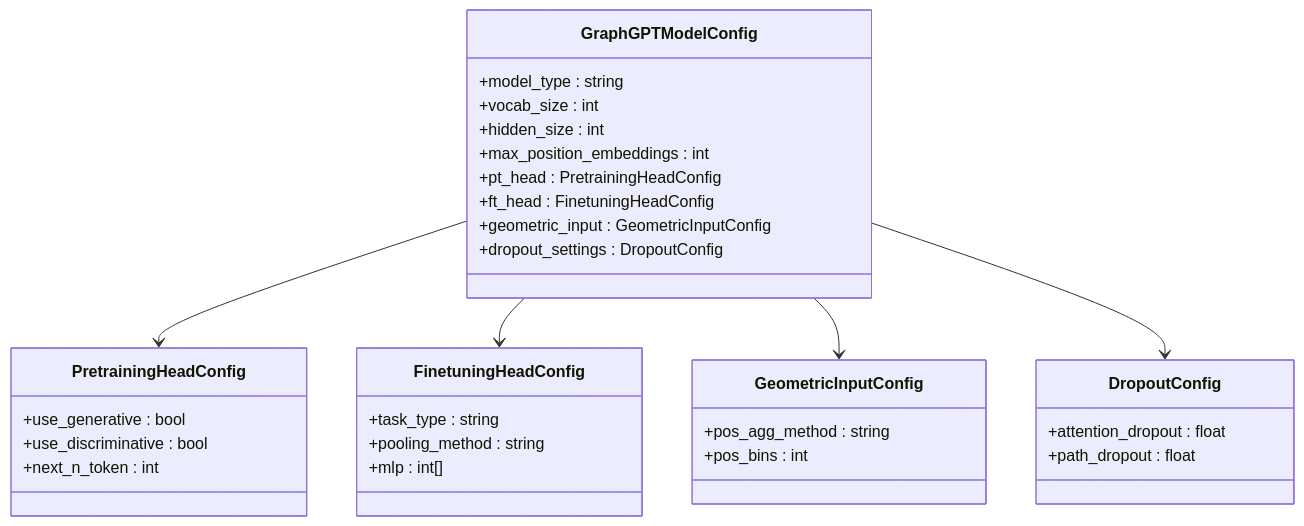
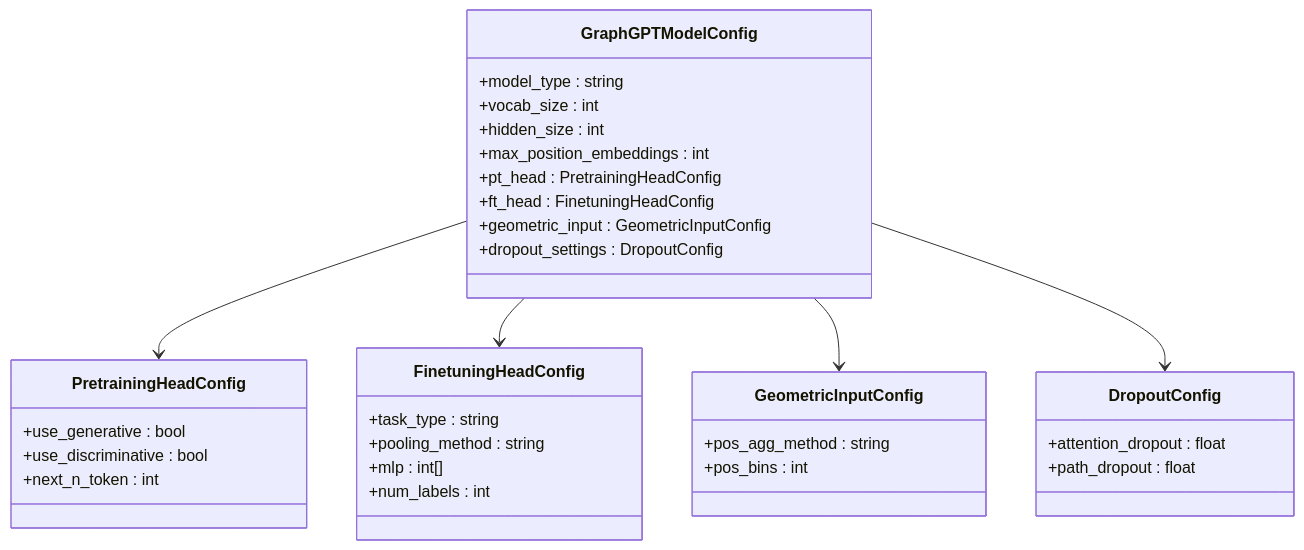
Before and after one commit to alibaba/graph-gpt: the fifth of 10 diagrams in .qoder/repowiki/en/content/Configuration System/Configuration System.md, drawn with Mermaid. The commit also changed other lines of this file and 4 other files, not shown here.

````diff
--- a/.qoder/repowiki/en/content/Configuration System/Configuration System.md
+++ b/.qoder/repowiki/en/content/Configuration System/Configuration System.md
@@ -303,35 +311,36 @@
 ```mermaid
 classDiagram
 class GraphGPTModelConfig {
 +model_type : string
 +vocab_size : int
 +hidden_size : int
 +max_position_embeddings : int
 +pt_head : PretrainingHeadConfig
 +ft_head : FinetuningHeadConfig
 +geometric_input : GeometricInputConfig
 +dropout_settings : DropoutConfig
 }
 class PretrainingHeadConfig {
 +use_generative : bool
 +use_discriminative : bool
 +next_n_token : int
 }
 class FinetuningHeadConfig {
 +task_type : string
 +pooling_method : string
 +mlp : int[]
++num_labels : int
 }
 class GeometricInputConfig {
 +pos_agg_method : string
 +pos_bins : int
 }
 class DropoutConfig {
 +attention_dropout : float
 +path_dropout : float
 }
 GraphGPTModelConfig --> PretrainingHeadConfig
 GraphGPTModelConfig --> FinetuningHeadConfig
 GraphGPTModelConfig --> GeometricInputConfig
 GraphGPTModelConfig --> DropoutConfig
 ```
````
